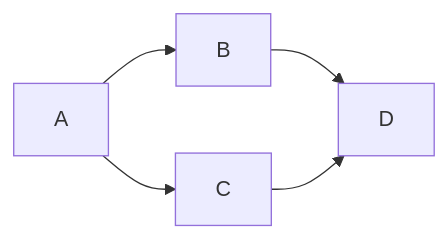
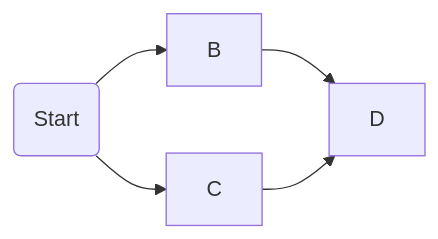
Before and after one commit to mkarau/testMermaid: the second of 2 diagrams in simplelow.md, drawn with Mermaid.

````diff
--- a/simplelow.md
+++ b/simplelow.md
@@ -9,7 +9,7 @@
 ```mermaid
   flowchart LR;
-      A-->B;
+      A(Start)-->B;
       A-->C;
       B-->D;
       C-->D;
 ```
````
